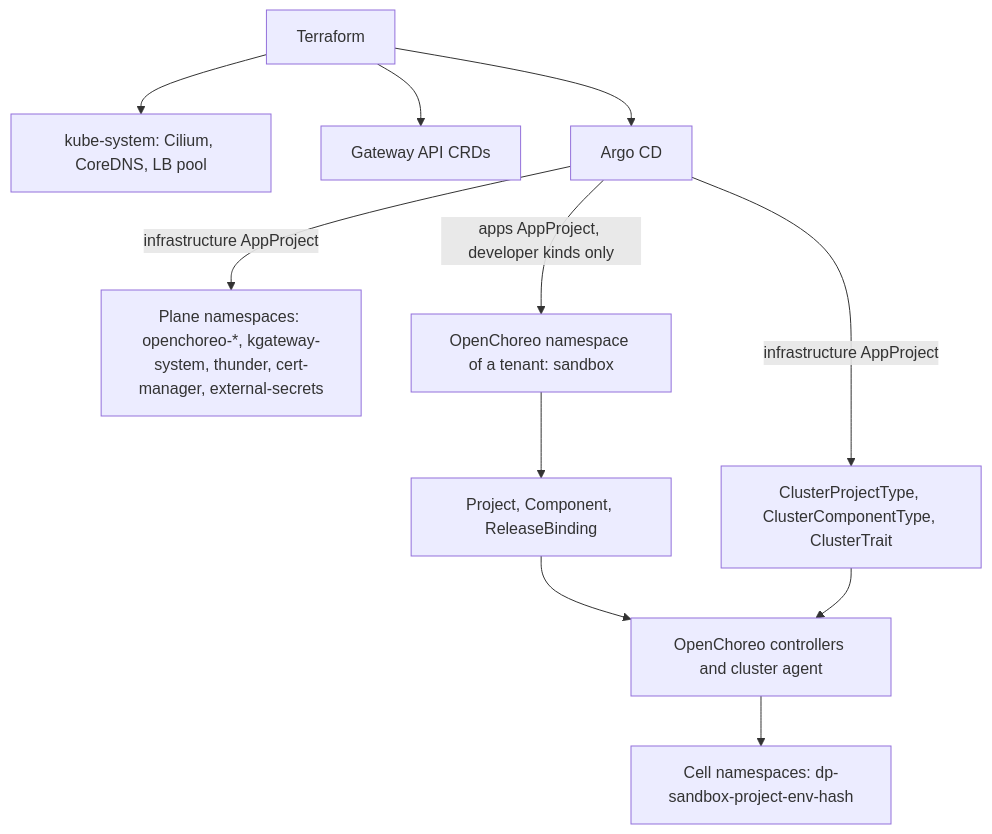
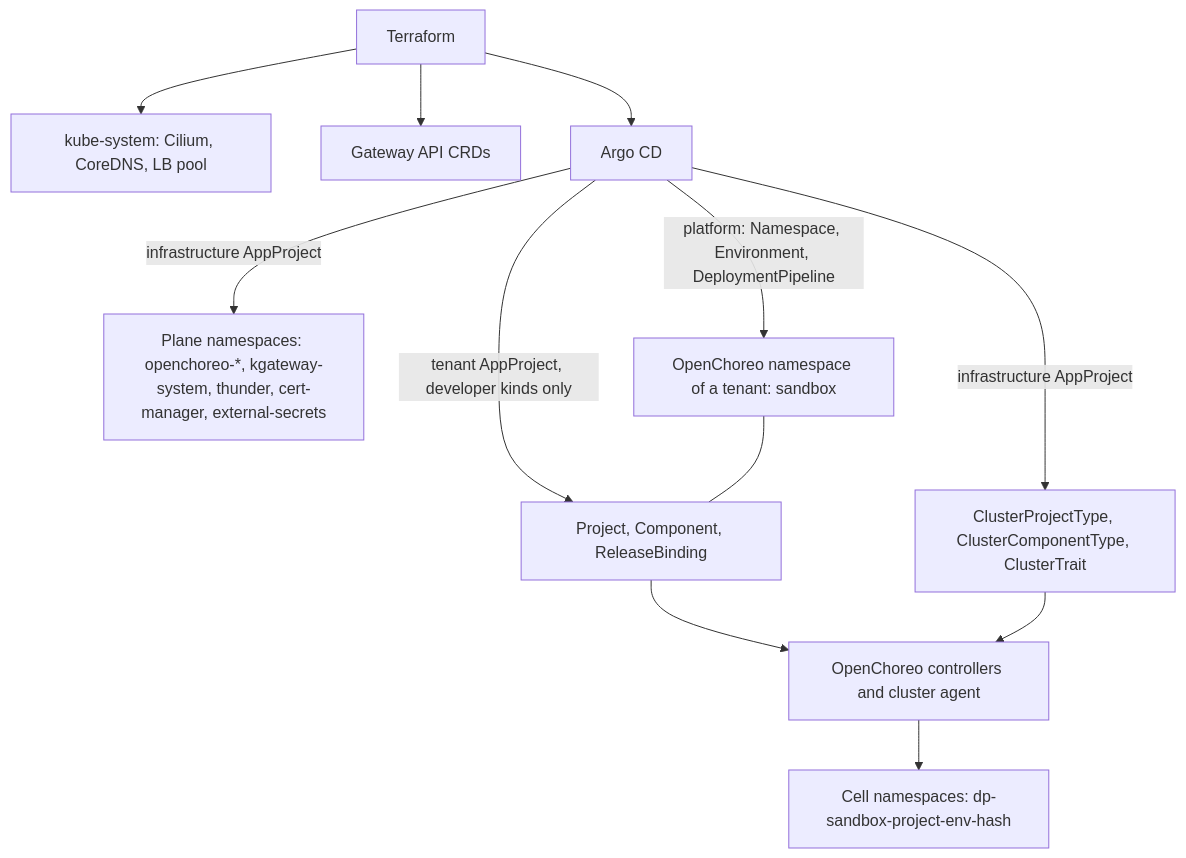
The second of 2 diagrams in docs/records/rfcs/0007-openchoreo-platform.md (gsuquet/homelab), drawn with Mermaid before and after one commit. The commit also changed other lines of this file, not shown here.

````diff
--- a/docs/records/rfcs/0007-openchoreo-platform.md
+++ b/docs/records/rfcs/0007-openchoreo-platform.md
@@ -323,13 +330,14 @@
 ```mermaid
 flowchart TD
     TF[Terraform] --> KS[kube-system: Cilium, CoreDNS, LB pool]
     TF --> GWC[Gateway API CRDs]
     TF --> ACD[Argo CD]
     ACD -->|infrastructure AppProject| ON[Plane namespaces: openchoreo-*, kgateway-system, thunder, cert-manager, external-secrets]
     ACD -->|infrastructure AppProject| CPT[ClusterProjectType, ClusterComponentType, ClusterTrait]
-    ACD -->|apps AppProject, developer kinds only| TN[OpenChoreo namespace of a tenant: sandbox]
-    TN --> PRJ[Project, Component, ReleaseBinding]
+    ACD -->|platform: Namespace, Environment, DeploymentPipeline| TN[OpenChoreo namespace of a tenant: sandbox]
+    ACD -->|tenant AppProject, developer kinds only| PRJ[Project, Component, ReleaseBinding]
+    TN --- PRJ
     PRJ --> OC[OpenChoreo controllers and cluster agent]
     CPT --> OC
     OC --> CELL[Cell namespaces: dp-sandbox-project-env-hash]
 ```
````
